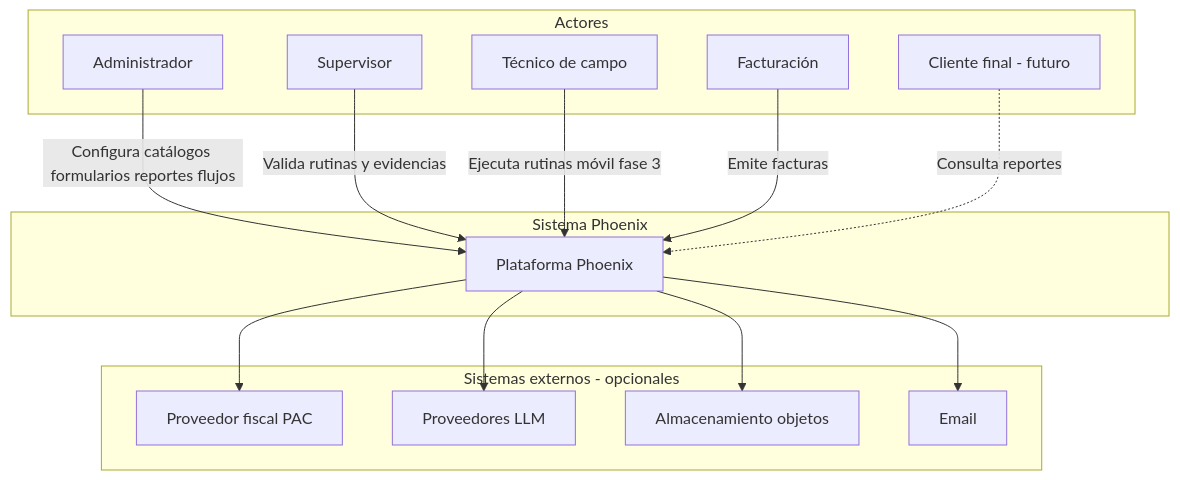
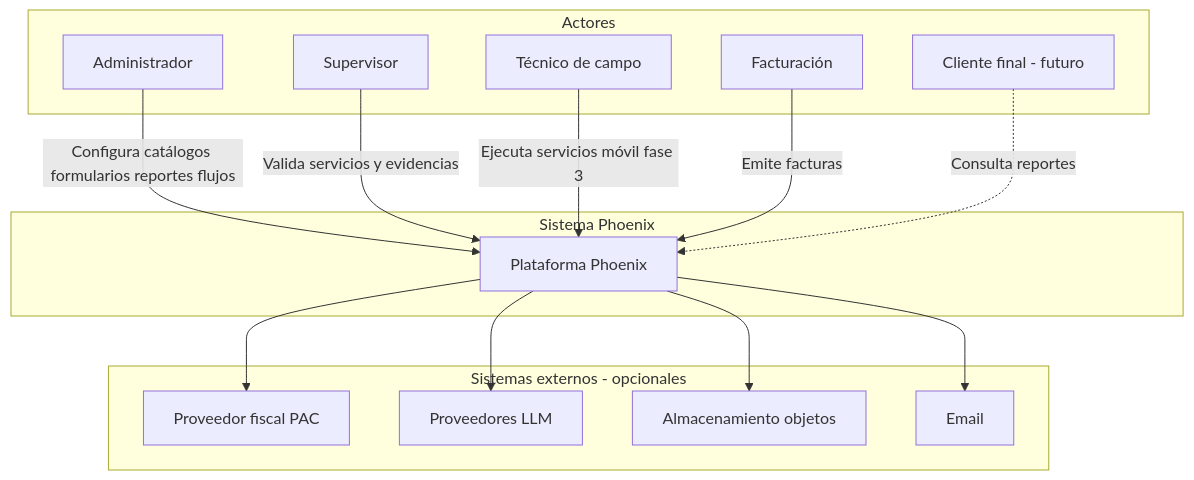
Before and after one commit to Adrian247/noah: the diagram in openspec/diagrams/system-context.md, drawn with Mermaid. The commit also changed 279 other files, not shown here.

````diff
--- a/openspec/diagrams/system-context.md
+++ b/openspec/diagrams/system-context.md
@@ -5,32 +5,32 @@
 ```mermaid
 flowchart TB
   subgraph actors [Actores]
     ADM[Administrador]
     SUP[Supervisor]
     TEC[Técnico de campo]
     FAC[Facturación]
     CLI[Cliente final - futuro]
   end
 
   subgraph phoenix [Sistema Phoenix]
     NP[Plataforma Phoenix]
   end
 
   subgraph external [Sistemas externos - opcionales]
     PAC[Proveedor fiscal PAC]
     LLM[Proveedores LLM]
     OBJ[Almacenamiento objetos]
     MAIL[Email]
   end
 
   ADM -->|Configura catálogos formularios reportes flujos| NP
-  SUP -->|Valida rutinas y evidencias| NP
-  TEC -->|Ejecuta rutinas móvil fase 3| NP
+  SUP -->|Valida servicios y evidencias| NP
+  TEC -->|Ejecuta servicios móvil fase 3| NP
   FAC -->|Emite facturas| NP
   CLI -.->|Consulta reportes| NP
 
   NP --> OBJ
   NP --> LLM
   NP --> MAIL
   NP --> PAC
 ```
````
